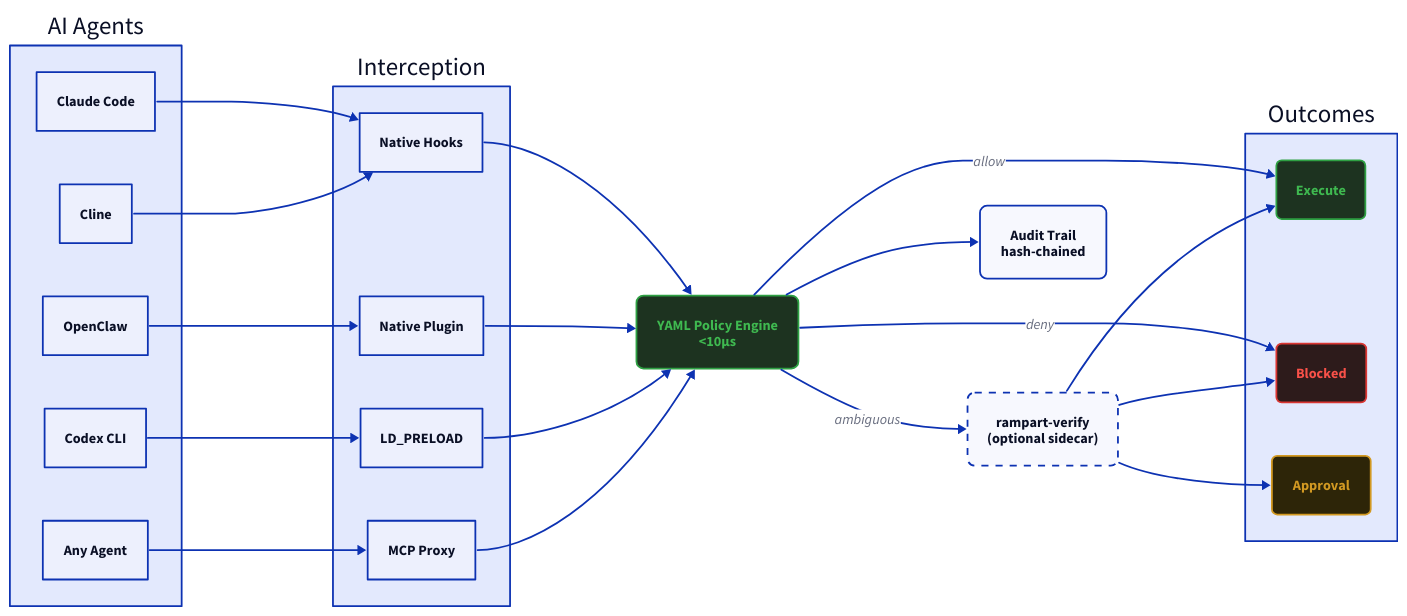
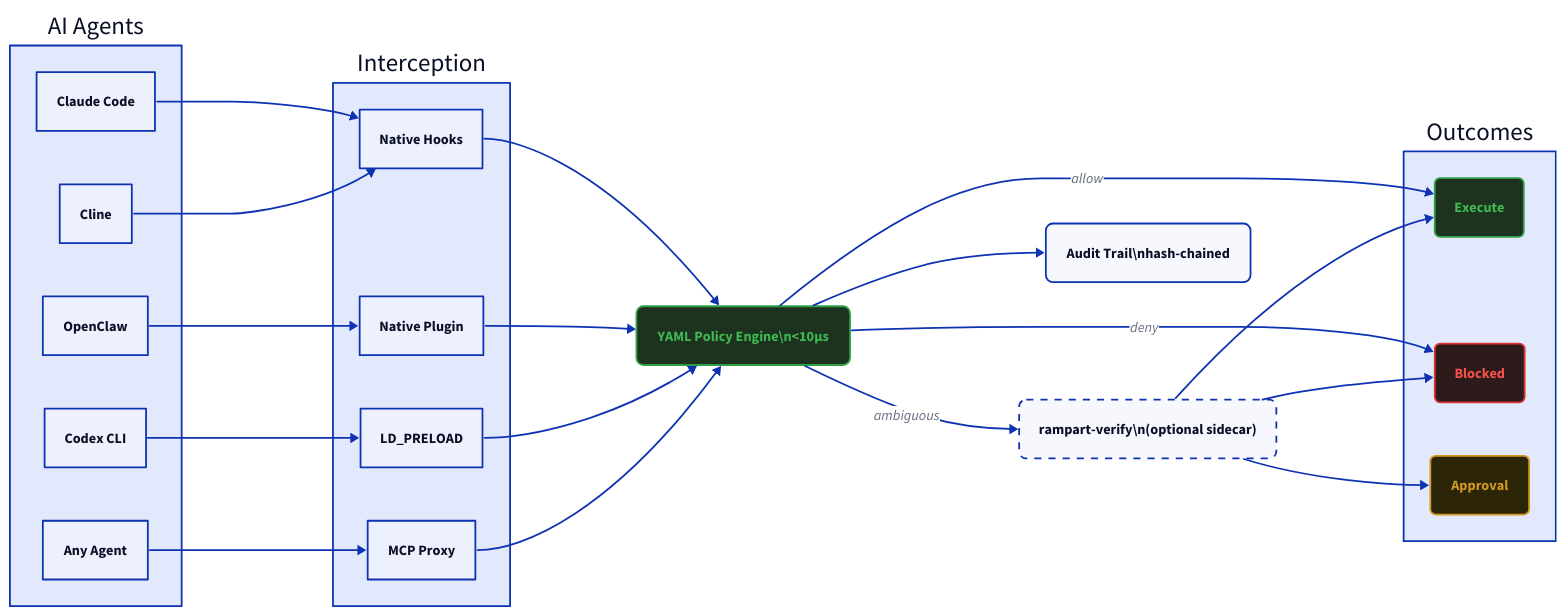
Before and after one commit to peg/rampart: the diagram in docs-site/index.md, drawn with D2. The commit also changed other lines of this file and 31 other files, not shown here.

````diff
--- a/docs-site/index.md
+++ b/docs-site/index.md
@@ -114,78 +114,78 @@
 ```d2
 direction: right
 
 agents: {
   label: "AI Agents"
   claude: "Claude Code"
   cline: "Cline"
   openclaw: "OpenClaw"
   codex: "Codex CLI"
   other: "Any Agent"
 }
 
 intercept: {
   label: "Interception"
   hooks: "Native Hooks"
   plugin: "Native Plugin"
   preload: "LD_PRELOAD"
   mcp: "MCP Proxy"
 }
 
-engine: "YAML Policy Engine\n<10μs" {
+engine: "YAML Policy Engine\\n<10μs" {
   style.fill: "#1d3320"
   style.stroke: "#2ea043"
   style.font-color: "#3fb950"
   style.border-radius: 8
 }
 
-verify: "rampart-verify\n(optional sidecar)" {
+verify: "rampart-verify\\n(optional sidecar)" {
   style.stroke-dash: 4
   style.border-radius: 8
 }
 
-audit: "Audit Trail\nhash-chained" {
+audit: "Audit Trail\\nhash-chained" {
   style.border-radius: 8
 }
 
 outcomes: {
   label: "Outcomes"
   allow: "Execute" {
     style.fill: "#1d3320"
     style.stroke: "#2ea043"
     style.font-color: "#3fb950"
     style.border-radius: 6
   }
   deny: "Blocked" {
     style.fill: "#2d1b1b"
     style.stroke: "#da3633"
     style.font-color: "#f85149"
     style.border-radius: 6
   }
   approval: "Approval" {
     style.fill: "#2d2508"
     style.stroke: "#d29922"
     style.font-color: "#d29922"
     style.border-radius: 6
   }
 }
 
 agents.claude -> intercept.hooks
 agents.cline -> intercept.hooks
 agents.openclaw -> intercept.plugin
 agents.codex -> intercept.preload
 agents.other -> intercept.mcp
 
 intercept.hooks -> engine
 intercept.plugin -> engine
 intercept.preload -> engine
 intercept.mcp -> engine
 
 engine -> outcomes.allow: "allow"
 engine -> outcomes.deny: "deny"
 engine -> verify: "ambiguous"
 engine -> audit
 
 verify -> outcomes.allow
 verify -> outcomes.deny
 verify -> outcomes.approval
 ```
````
